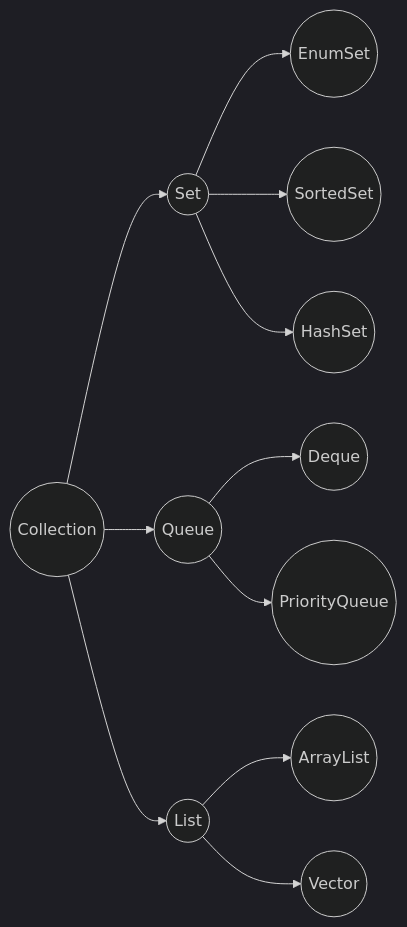
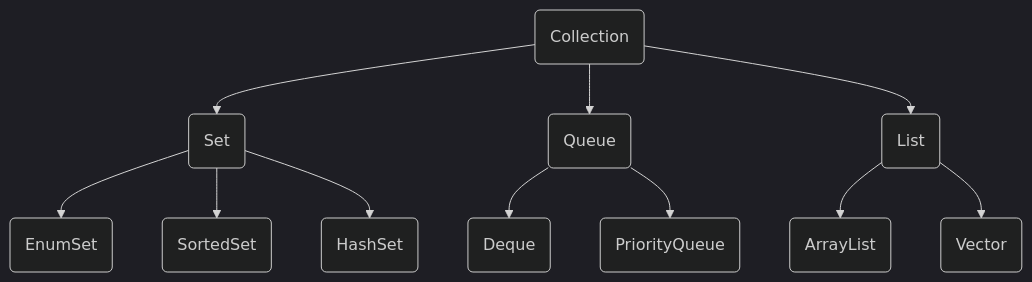
Before and after one commit to Daniel-Wei/Algo_DS_Notes: the diagram in 数据结构/Readme.md, drawn with Mermaid (dark theme).

````diff
--- a/数据结构/Readme.md
+++ b/数据结构/Readme.md
@@ -3,31 +3,31 @@
 ```mermaid 
-graph LR;
+graph TB;
 
-A((Collection))
-B((Set))
-C((Queue))
-D((List))
-E((EnumSet))
-F((SortedSet))
-G((HashSet))
-H((Deque))
-I((PriorityQueue))
-J((ArrayList))
-K((Vector))
+A(Collection)
+B(Set)
+C(Queue)
+D(List)
+E(EnumSet)
+F(SortedSet)
+G(HashSet)
+H(Deque)
+I(PriorityQueue)
+J(ArrayList)
+K(Vector)
 
 A-->B;
 A-->C;
 A-->D;
 
 B-->E;
 B-->F;
 B-->G;
 
 C-->H;
 C-->I;
 
 D-->J;
 D-->K;
 
 
 ```
````
